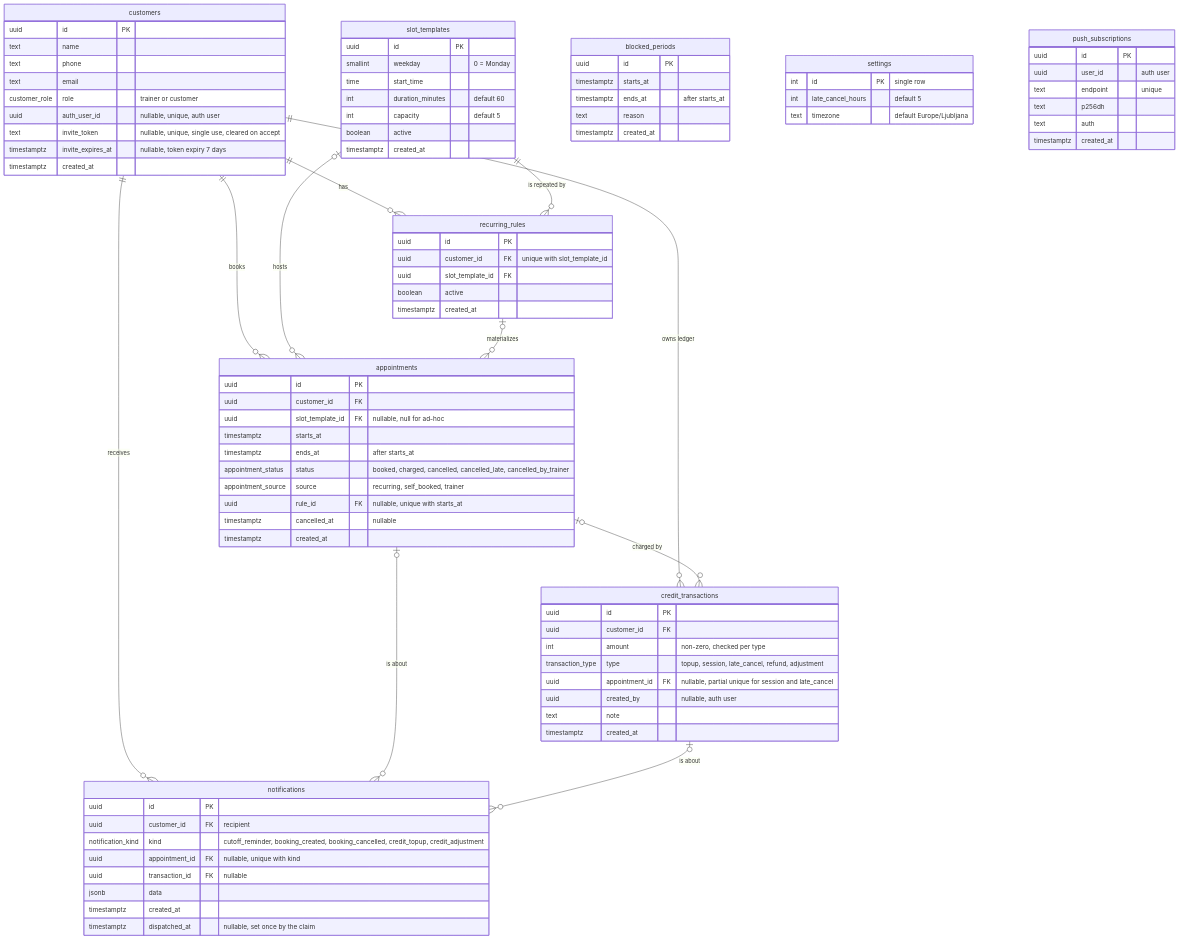
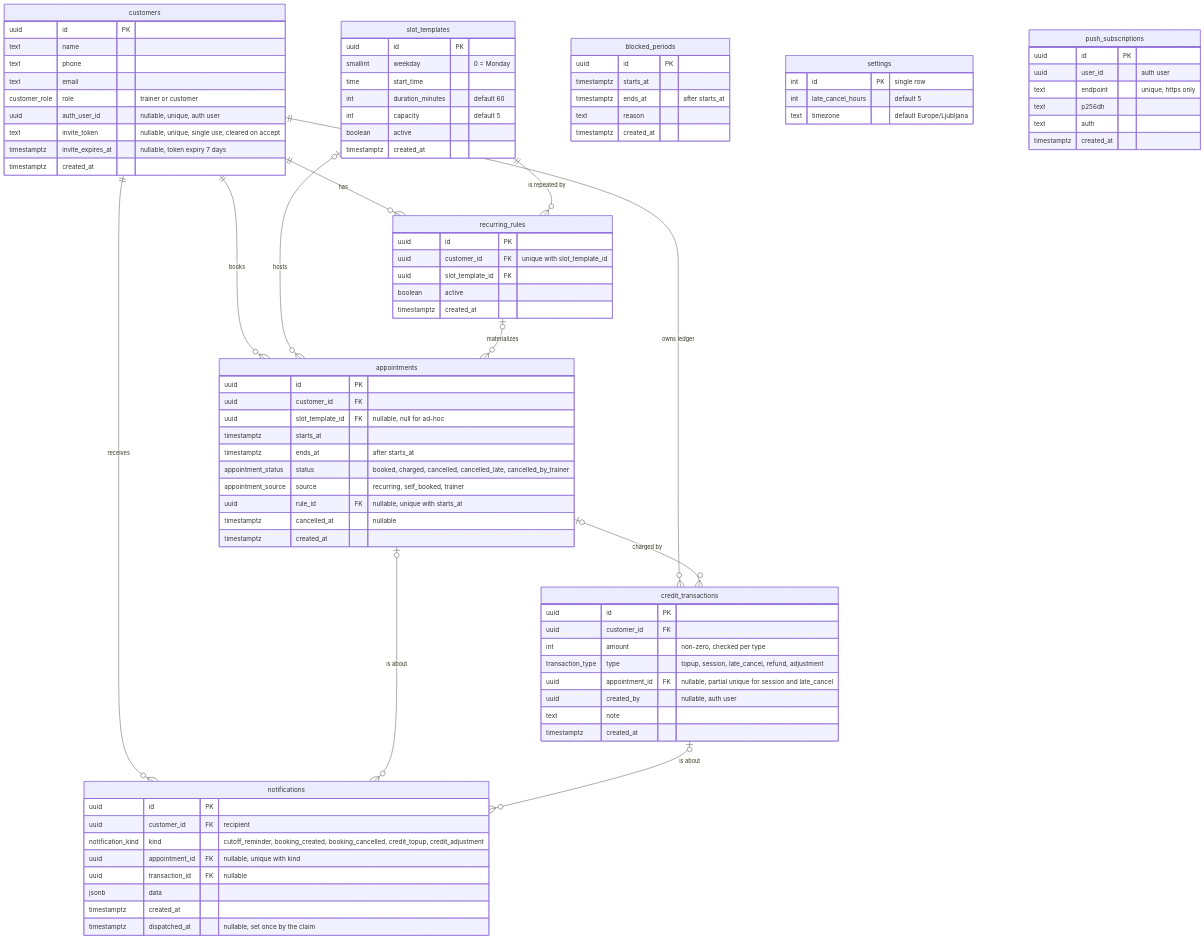
The diagram in docs/architecture/data-model.md (JasaGlazar/amrap), drawn with Mermaid before and after one commit. The commit also changed 9 other files, not shown here.

First line of the commit message:
fix: push only to https endpoints

```diff
--- a/docs/architecture/data-model.md
+++ b/docs/architecture/data-model.md
@@ -81,7 +81,7 @@
     push_subscriptions {
         uuid id PK
         uuid user_id "auth user"
-        text endpoint "unique"
+        text endpoint "unique, https only"
         text p256dh
         text auth
         timestamptz created_at
```
